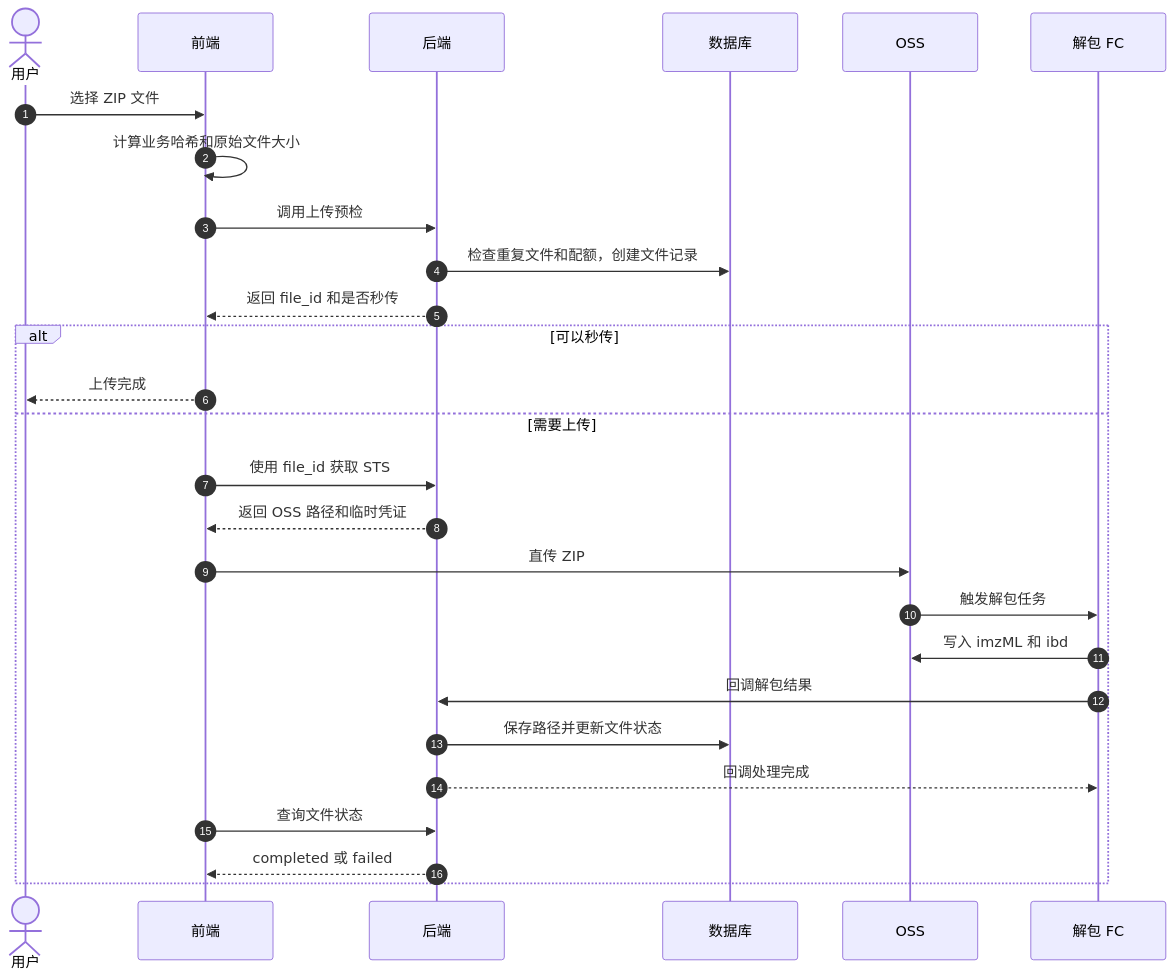
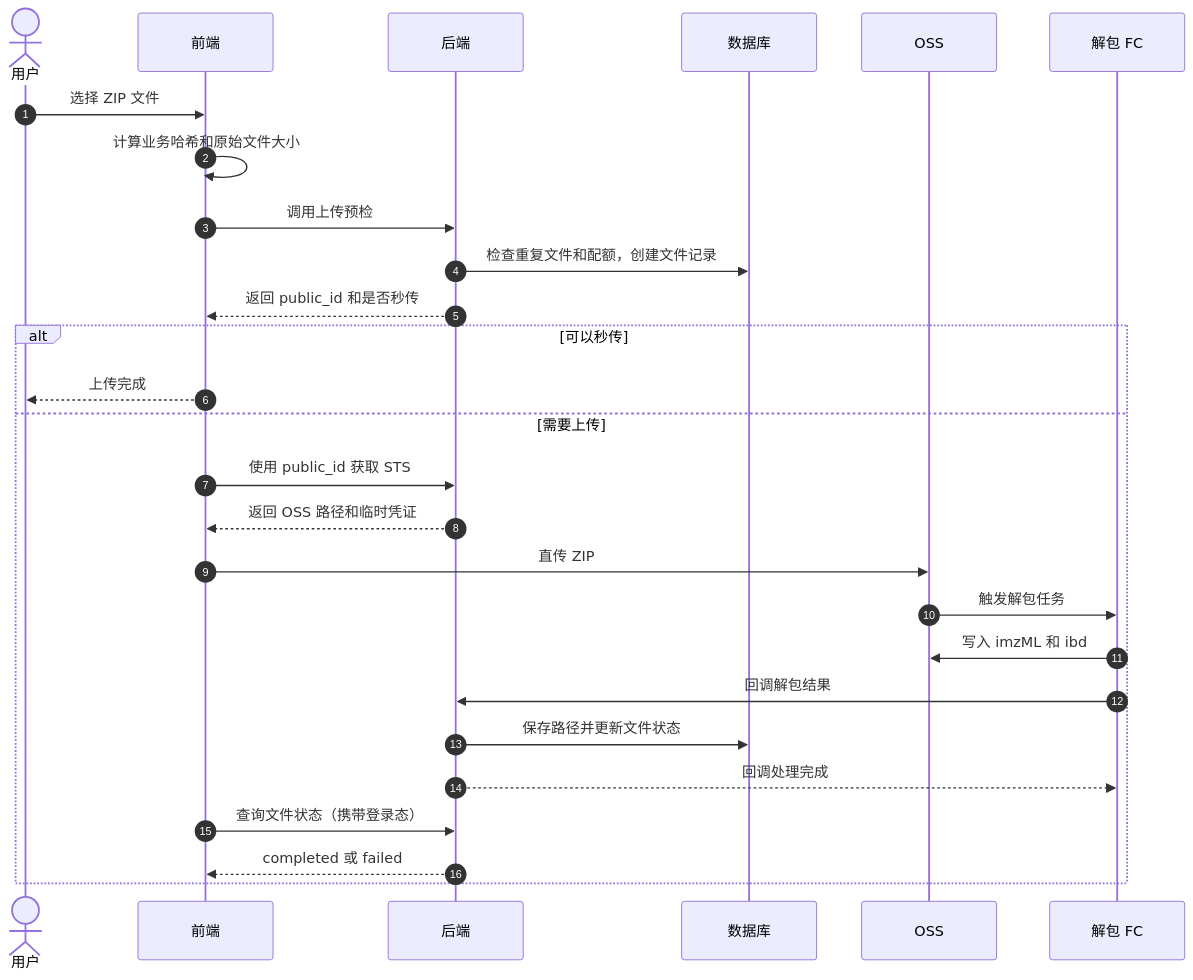
The second of 3 diagrams in docs/zh/核心业务API架构-文件上传.md (NeoNexusX/Kawaru), drawn with Mermaid before and after one commit. The commit also changed other lines of this file and 61 other files, not shown here.

````diff
--- a/docs/zh/核心业务API架构-文件上传.md
+++ b/docs/zh/核心业务API架构-文件上传.md
@@ -55,31 +57,31 @@
 ```mermaid
 sequenceDiagram
     autonumber
     actor User as 用户
     participant FE as 前端
     participant API as 后端
     participant DB as 数据库
     participant OSS as OSS
     participant FC as 解包 FC
 
     User->>FE: 选择 ZIP 文件
     FE->>FE: 计算业务哈希和原始文件大小
     FE->>API: 调用上传预检
     API->>DB: 检查重复文件和配额，创建文件记录
-    API-->>FE: 返回 file_id 和是否秒传
+    API-->>FE: 返回 public_id 和是否秒传
 
     alt 可以秒传
         FE-->>User: 上传完成
     else 需要上传
-        FE->>API: 使用 file_id 获取 STS
+        FE->>API: 使用 public_id 获取 STS
         API-->>FE: 返回 OSS 路径和临时凭证
         FE->>OSS: 直传 ZIP
         OSS->>FC: 触发解包任务
         FC->>OSS: 写入 imzML 和 ibd
         FC->>API: 回调解包结果
         API->>DB: 保存路径并更新文件状态
         API-->>FC: 回调处理完成
-        FE->>API: 查询文件状态
+        FE->>API: 查询文件状态（携带登录态）
         API-->>FE: completed 或 failed
     end
 ```
````
